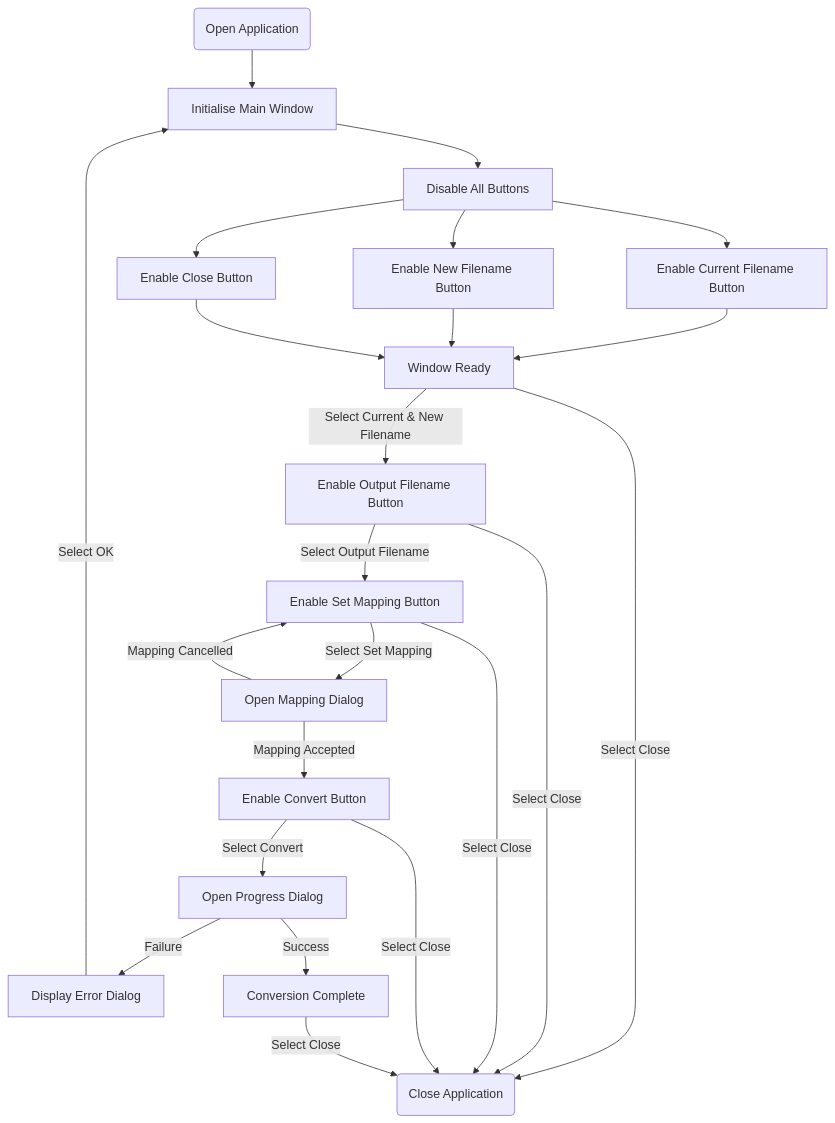
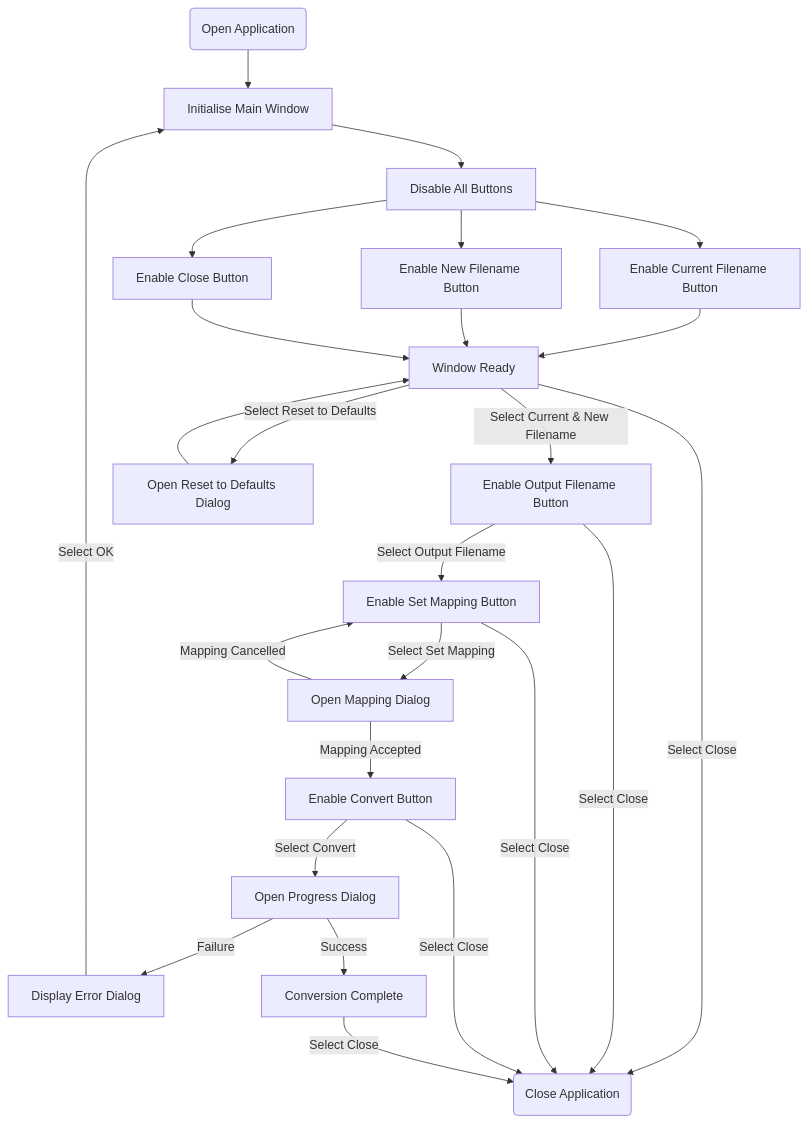
Before and after one commit to schleising/opensky-converter: the diagram in docs/main_window.md, drawn with Mermaid. The commit also changed 6 other files, not shown here.

Commit message:
Add Reset to Defaults Dialog

````diff
--- a/docs/main_window.md
+++ b/docs/main_window.md
@@ -5,25 +5,27 @@
 ```mermaid
 flowchart TD
     A(Open Application) --> B[Initialise Main Window]
     B --> C[Disable All Buttons]
     C --> D[Enable Current Filename Button]
     C --> E[Enable New Filename Button]
     C --> F[Enable Close Button]
     D --> G[Window Ready]
     E --> G
     F --> G
     G -->|Select Current & New Filename| H[Enable Output Filename Button]
     H -->|Select Output Filename| I[Enable Set Mapping Button]
     I -->|Select Set Mapping| J[Open Mapping Dialog]
     J -->|Mapping Cancelled| I
     J -->|Mapping Accepted| K[Enable Convert Button]
     K -->|Select Convert| L[Open Progress Dialog]
     L -->|Failure| O[Display Error Dialog]
     O -->|Select OK| B
     L -->|Success| M[Conversion Complete]
     G -->|Select Close| N(Close Application)
     H -->|Select Close| N(Close Application)
     I -->|Select Close| N(Close Application)
     K -->|Select Close| N(Close Application)
     M -->|Select Close| N(Close Application)
+    G -->|Select Reset to Defaults| P[Open Reset to Defaults Dialog]
+    P --> G
 ```
````
